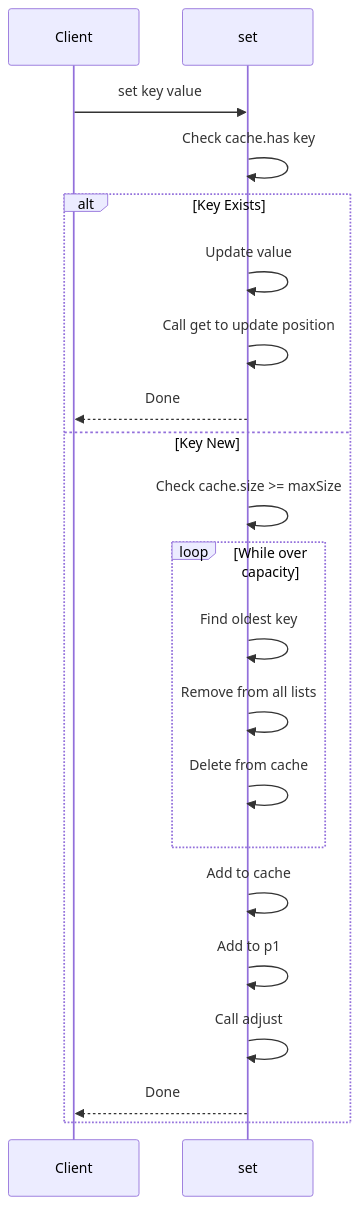
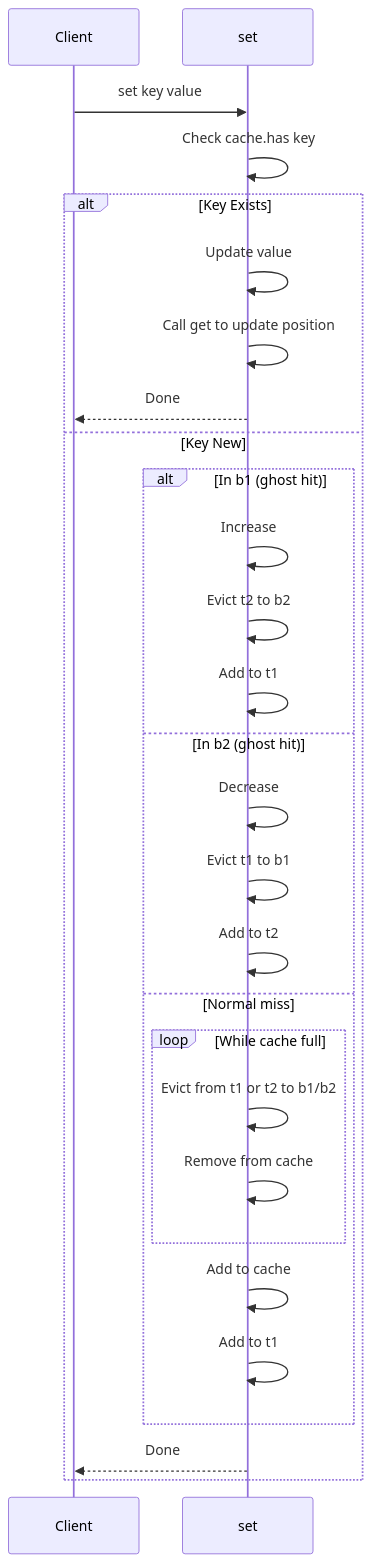
The third of 4 diagrams in docs/ARCHITECTURE.md (avoidwork/adaptive-replacement-cache), drawn with Mermaid before and after one commit. The commit also changed other lines of this file, not shown here.

Commit message:
docs: fix architecture documentation to match actual ARC implementation

````diff
--- a/docs/ARCHITECTURE.md
+++ b/docs/ARCHITECTURE.md
@@ -88,24 +115,31 @@
 ```mermaid
 sequenceDiagram
     participant Client
     participant Cache as set
 
     Client->>Cache: set key value
     Cache->>Cache: Check cache.has key
     alt Key Exists
         Cache->>Cache: Update value
         Cache->>Cache: Call get to update position
         Cache-->>Client: Done
     else Key New
-        Cache->>Cache: Check cache.size >= maxSize
-        loop While over capacity
-            Cache->>Cache: Find oldest key
-            Cache->>Cache: Remove from all lists
-            Cache->>Cache: Delete from cache
+        alt In b1 (ghost hit)
+            Cache->>Cache: Increase #p
+            Cache->>Cache: Evict t2 to b2
+            Cache->>Cache: Add to t1
+        else In b2 (ghost hit)
+            Cache->>Cache: Decrease #p
+            Cache->>Cache: Evict t1 to b1
+            Cache->>Cache: Add to t2
+        else Normal miss
+            loop While cache full
+                Cache->>Cache: Evict from t1 or t2 to b1/b2
+                Cache->>Cache: Remove from cache
+            end
+            Cache->>Cache: Add to cache
+            Cache->>Cache: Add to t1
         end
-        Cache->>Cache: Add to cache
-        Cache->>Cache: Add to p1
-        Cache->>Cache: Call adjust
         Cache-->>Client: Done
     end
 ```
````
